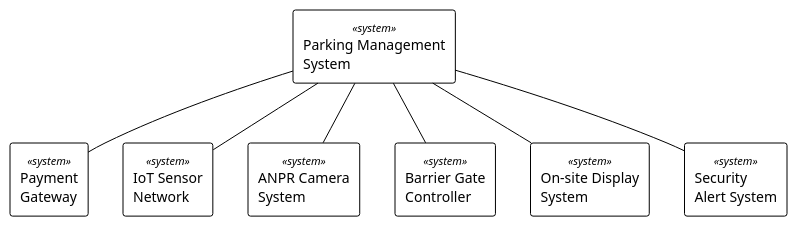
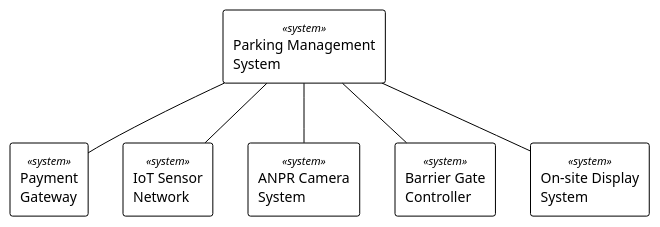
One commit to khalidalmahasnah/Software-Project-25-26 changed the diagram in uml/context_model.puml. Above: the diagram before and after it, drawn with PlantUML.

```diff
--- a/uml/context_model.puml
+++ b/uml/context_model.puml
@@ -1,29 +1,28 @@
 @startuml context_model
 !theme plain
 hide empty members
 skinparam rectangle {
     BackgroundColor White
     BorderColor Black
     StereotypeFontSize 11
 }
 
 ' Center System
 rectangle "Parking Management\nSystem" as PMS <<system>>
 
 ' External Systems
 rectangle "Payment\nGateway" as Payment <<system>>
 rectangle "IoT Sensor\nNetwork" as Sensors <<system>>
 rectangle "ANPR Camera\nSystem" as ANPR <<system>>
 rectangle "Barrier Gate\nController" as Gates <<system>>
 rectangle "On-site Display\nSystem" as Displays <<system>>
-rectangle "Security\nAlert System" as Security <<system>>
+
 
 ' Relationships
 PMS -- Payment
 PMS -- Sensors
 PMS -- ANPR
 PMS -- Gates
 PMS -- Displays
-PMS -- Security
 
 @enduml
```
